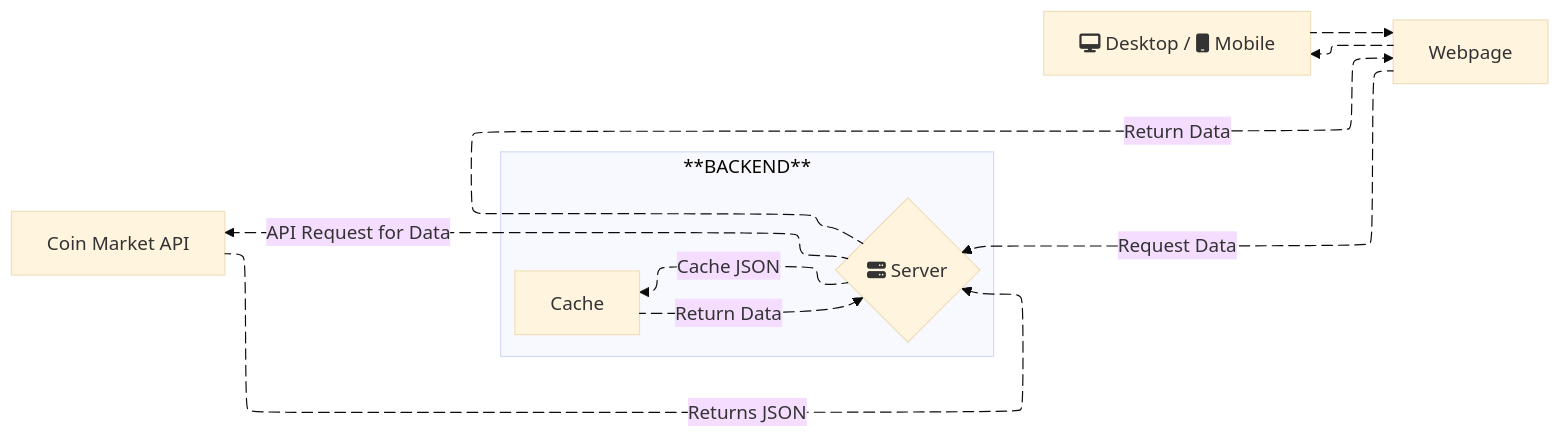
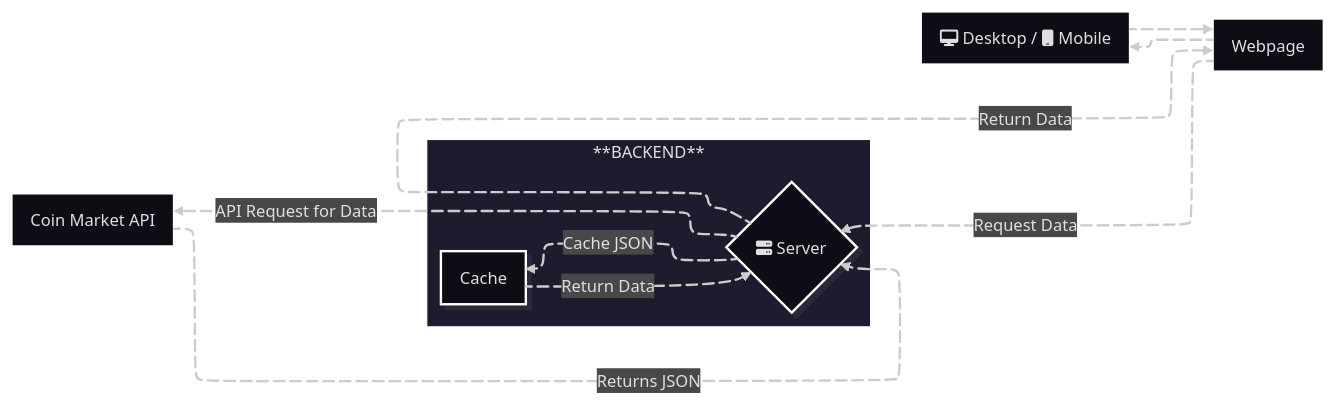
Before and after one commit to Sadman-Siam/crypto_dashboard: the diagram in README.md, drawn with Mermaid. The commit also changed other lines of this file, not shown here.

````diff
--- a/README.md
+++ b/README.md
@@ -2,30 +2,31 @@
 ```mermaid
 ---
 config:
-  theme: base
+  theme: redux-dark
   layout: elk
+  look: neo
 ---
 flowchart RL
  subgraph s1["**BACKEND**"]
         D["Cache"]
         C{"fa:fa-server Server"}
   end
     A["fa:fa-desktop Desktop / fa:fa-mobile Mobile"] e1@--> B["Webpage"]
     B e2@--> A
     B e3@-- Request Data --> C
     C e4@-- Return Data --> B
     C e5@-- Cache JSON --> D
     D e6@-- Return Data --> C
     C e7@-- API Request for Data --> E["Coin Market API"]
     E e8@-- Returns JSON --> C
 
 
     e1@{ animate: true } 
     e2@{ animate: true } 
     e3@{ animate: true } 
     e4@{ animate: true } 
     e5@{ animate: true } 
     e6@{ animate: true } 
     e7@{ animate: true } 
     e8@{ animate: true }
 ```
````
